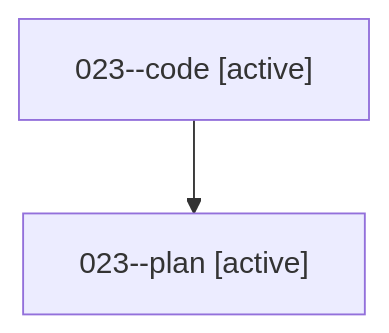
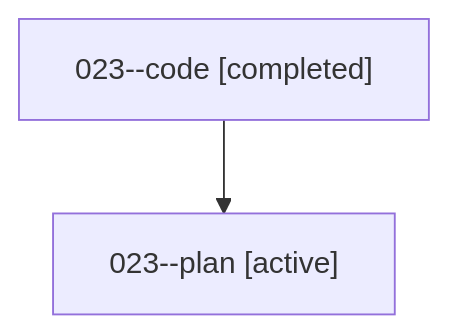
One commit to bobs-org/bob-cli--agents changed the diagram in sessions/bbugyi200.athena.023.md. Above: the diagram before and after it, drawn with Mermaid. The commit also changed other lines of this file and 6 other files, not shown here.

````diff
--- a/sessions/bbugyi200.athena.023.md
+++ b/sessions/bbugyi200.athena.023.md
@@ -9,6 +9,6 @@
 ```mermaid
 flowchart TD
-  n0["023--code [active]"]
+  n0["023--code [completed]"]
   n1["023--plan [active]"]
   n0 --> n1
 ```
````
